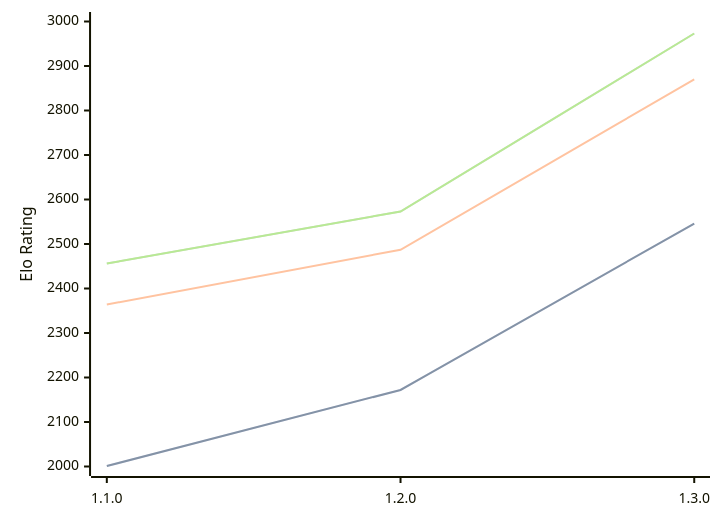
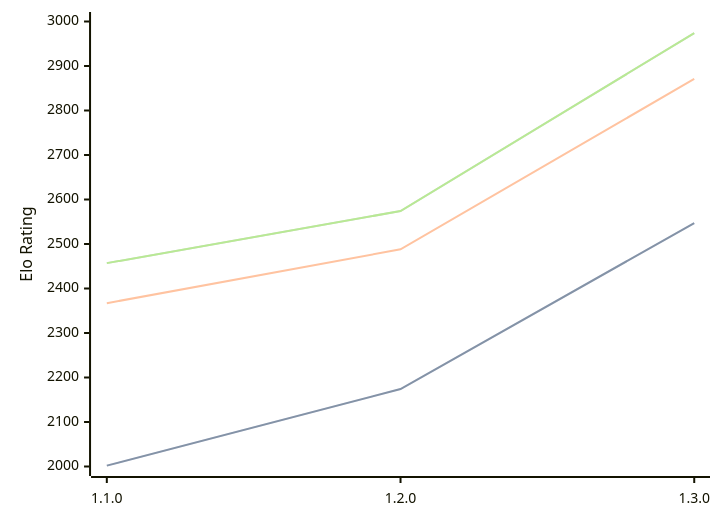
One commit to computer-chess-index/cci changed the diagram in engines/Gyatso.md. Above: the diagram before and after it, drawn with Mermaid. The commit also changed other lines of this file, not shown here.

Commit message:
Update CCI Ratings (ELO VLTC) - 2026-05-16

````diff
--- a/engines/Gyatso.md
+++ b/engines/Gyatso.md
@@ -34,11 +34,11 @@
 ```mermaid
 %%{init: {"theme":"base","themeVariables":{"seriesColors:['#a3a3a3','#222221','#faa371']}}}%%
 xychart-beta
   x-axis ["1.1.0", "1.2.0", "1.3.0"]
   y-axis "Elo Rating" 2000 --> 3000
-  line "STC (8.0+0.08s)" [2001, 2172, 2546]
-  line "STC (8.0+0.08s)" [2001, 2172, 2546]
-  line "LTC (60.0+0.60s)" [2364, 2487, 2870]
-  line "VLTC (2m24s+1.12s)" [2456, 2573, 2973]
-  line "VLTC (2m24s+1.12s)" [2456, 2573, 2973]
+  line "STC (8.0+0.08s)" [2002, 2174, 2547]
+  line "STC (8.0+0.08s)" [2002, 2174, 2547]
+  line "LTC (60.0+0.60s)" [2367, 2488, 2871]
+  line "VLTC (2m24s+1.12s)" [2457, 2574, 2974]
+  line "VLTC (2m24s+1.12s)" [2457, 2574, 2974]
 ```
````
